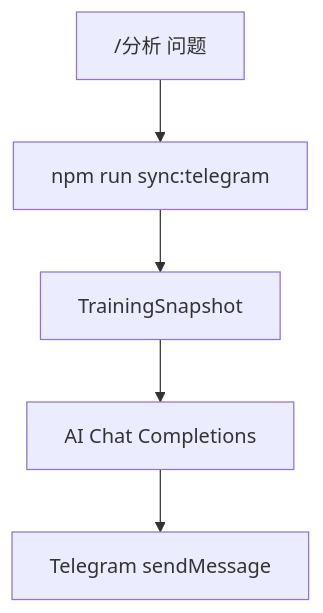
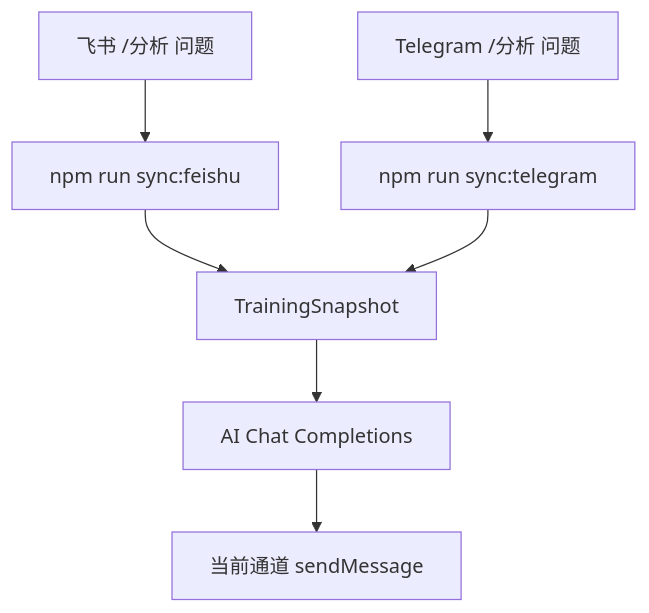
The fourth of 4 diagrams in docs/数据流转/数据流转说明.md (soulgo/training_records), drawn with Mermaid before and after one commit. The commit also changed other lines of this file and 42 other files, not shown here.

Commit message:
Release 1.2.9 with Feishu sync

````diff
--- a/docs/数据流转/数据流转说明.md
+++ b/docs/数据流转/数据流转说明.md
@@ -74,7 +82,9 @@
 ```mermaid
 flowchart TD
-  Q["/分析 问题"] --> S["npm run sync:telegram"]
+  Q["Telegram /分析 问题"] --> S["npm run sync:telegram"]
+  FQ["飞书 /分析 问题"] --> FS["npm run sync:feishu"]
+  FS --> T
   S --> T["TrainingSnapshot"]
   T --> AI["AI Chat Completions"]
-  AI --> R["Telegram sendMessage"]
+  AI --> R["当前通道 sendMessage"]
 ```
````
